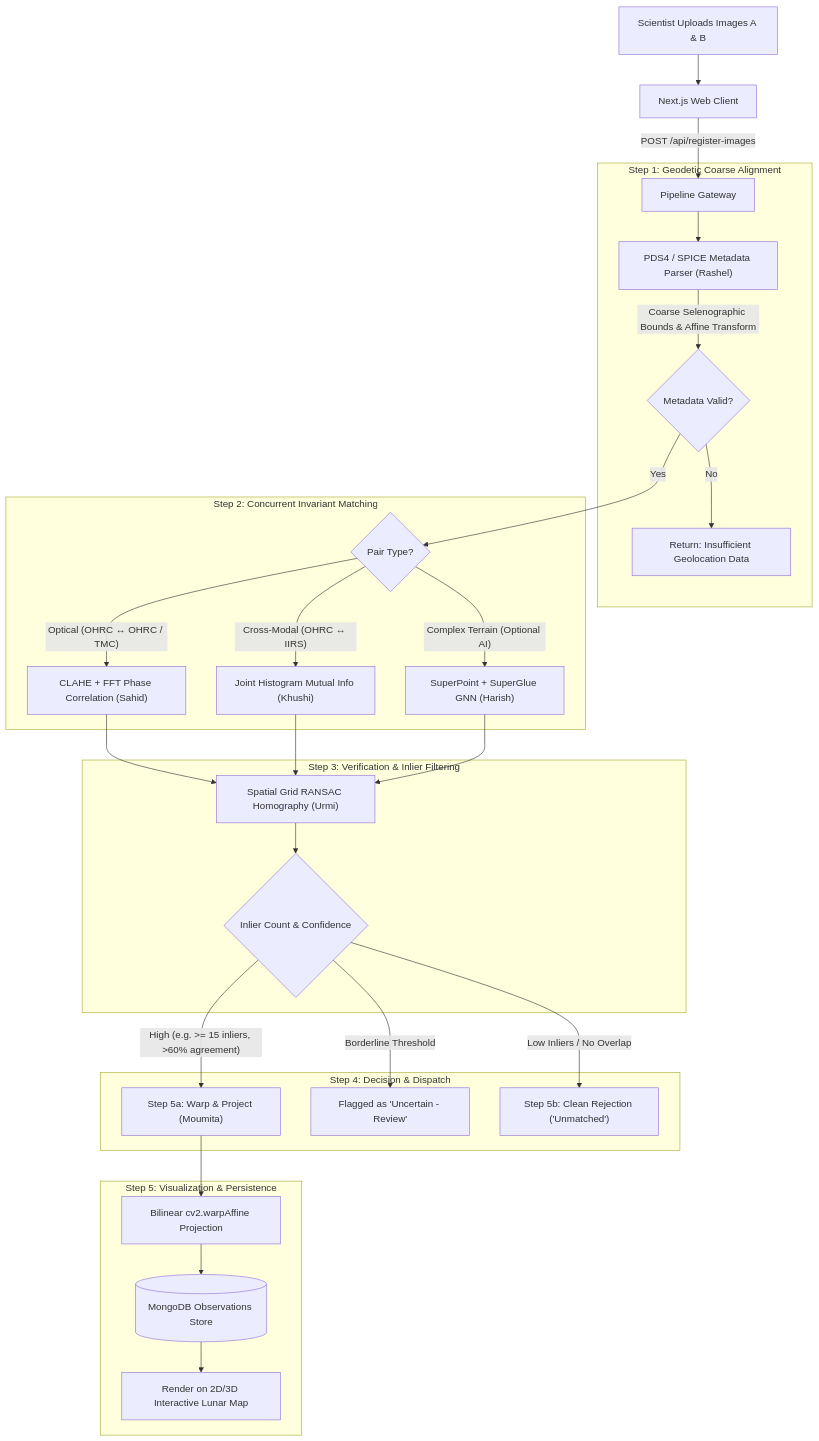
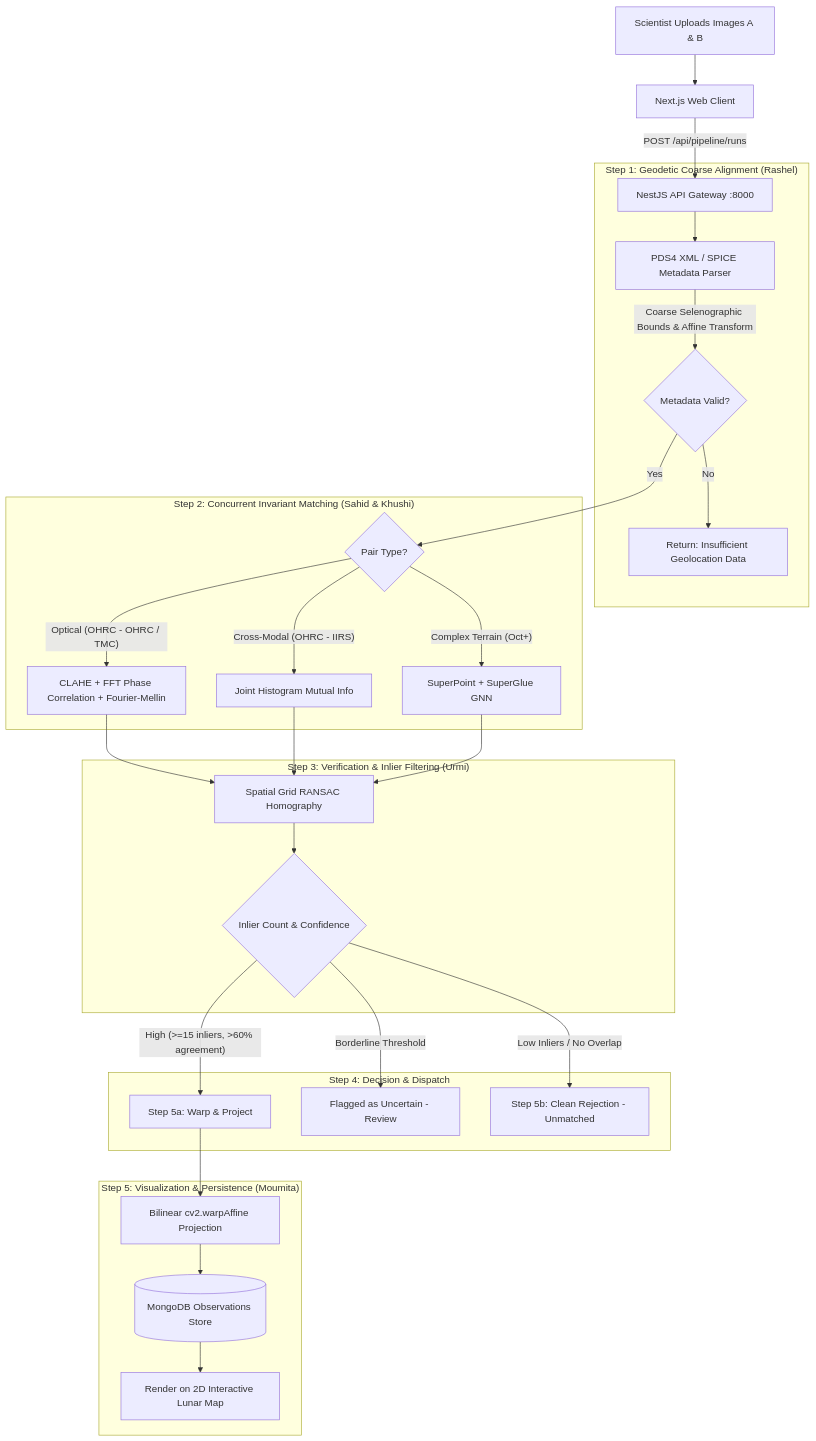
One commit to Zen-X5/ChandraSetu changed the diagram in README.md. Above: the diagram before and after it, drawn with Mermaid. The commit also changed other lines of this file and 5 other files, not shown here.

````diff
--- a/README.md
+++ b/README.md
@@ -80,37 +80,37 @@
 ```mermaid
 flowchart TD
     A["Scientist Uploads Images A & B"] --> B["Next.js Web Client"]
-    B -->|"POST /api/register-images"| C["Pipeline Gateway"]
-    
-    subgraph S1["Step 1: Geodetic Coarse Alignment"]
-        C --> D["PDS4 / SPICE Metadata Parser (Rashel)"]
+    B -->|"POST /api/pipeline/runs"| C["NestJS API Gateway :8000"]
+
+    subgraph S1["Step 1: Geodetic Coarse Alignment (Rashel)"]
+        C --> D["PDS4 XML / SPICE Metadata Parser"]
         D -->|"Coarse Selenographic Bounds & Affine Transform"| E{"Metadata Valid?"}
         E -->|No| F["Return: Insufficient Geolocation Data"]
     end
-    
-    subgraph S2["Step 2: Concurrent Invariant Matching"]
+
+    subgraph S2["Step 2: Concurrent Invariant Matching (Sahid & Khushi)"]
         E -->|Yes| G{"Pair Type?"}
-        G -->|"Optical (OHRC ↔ OHRC / TMC)"| H["CLAHE + FFT Phase Correlation (Sahid)"]
-        G -->|"Cross-Modal (OHRC ↔ IIRS)"| I["Joint Histogram Mutual Info (Khushi)"]
-        G -->|"Complex Terrain (Optional AI)"| J["SuperPoint + SuperGlue GNN (Harish)"]
+        G -->|"Optical (OHRC - OHRC / TMC)"| H["CLAHE + FFT Phase Correlation + Fourier-Mellin"]
+        G -->|"Cross-Modal (OHRC - IIRS)"| I["Joint Histogram Mutual Info"]
+        G -->|"Complex Terrain (Oct+)"| J["SuperPoint + SuperGlue GNN"]
     end
-    
-    subgraph S3["Step 3: Verification & Inlier Filtering"]
-        H --> K["Spatial Grid RANSAC Homography (Urmi)"]
+
+    subgraph S3["Step 3: Verification & Inlier Filtering (Urmi)"]
+        H --> K["Spatial Grid RANSAC Homography"]
         I --> K
         J --> K
         K --> L{"Inlier Count & Confidence"}
     end
-    
+
     subgraph S4["Step 4: Decision & Dispatch"]
-        L -->|"High (e.g. >= 15 inliers, >60% agreement)"| M["Step 5a: Warp & Project (Moumita)"]
-        L -->|"Borderline Threshold"| N["Flagged as 'Uncertain - Review'"]
-        L -->|"Low Inliers / No Overlap"| O["Step 5b: Clean Rejection ('Unmatched')"]
+        L -->|"High (>=15 inliers, >60% agreement)"| M["Step 5a: Warp & Project"]
+        L -->|"Borderline Threshold"| N["Flagged as Uncertain - Review"]
+        L -->|"Low Inliers / No Overlap"| O["Step 5b: Clean Rejection - Unmatched"]
     end
-    
-    subgraph S5["Step 5: Visualization & Persistence"]
+
+    subgraph S5["Step 5: Visualization & Persistence (Moumita)"]
         M --> P["Bilinear cv2.warpAffine Projection"]
         P --> Q[("MongoDB Observations Store")]
-        Q --> R["Render on 2D/3D Interactive Lunar Map"]
+        Q --> R["Render on 2D Interactive Lunar Map"]
     end
 ```
````
